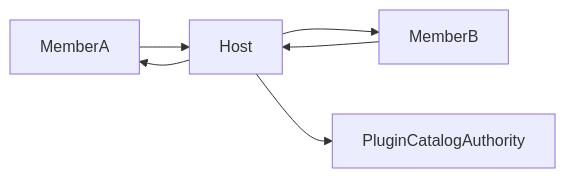
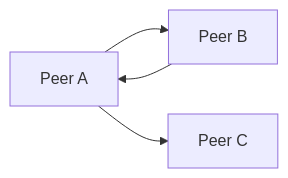
Before and after one commit to synra-app/synra: the diagram in ai-docs/device-cluster-architecture/single-host-relay-model.md, drawn with Mermaid. The commit also changed other lines of this file and 93 other files, not shown here.

````diff
--- a/ai-docs/device-cluster-architecture/single-host-relay-model.md
+++ b/ai-docs/device-cluster-architecture/single-host-relay-model.md
@@ -22,8 +23,6 @@
 ```mermaid
 flowchart LR
-  memberA[MemberA] --> host[Host]
-  host --> memberB[MemberB]
-  memberB --> host
-  host --> memberA
-  host --> pluginAuthority[PluginCatalogAuthority]
+  peerA[Peer A] --> peerB[Peer B]
+  peerB --> peerA
+  peerA --> peerC[Peer C]
 ```
````
